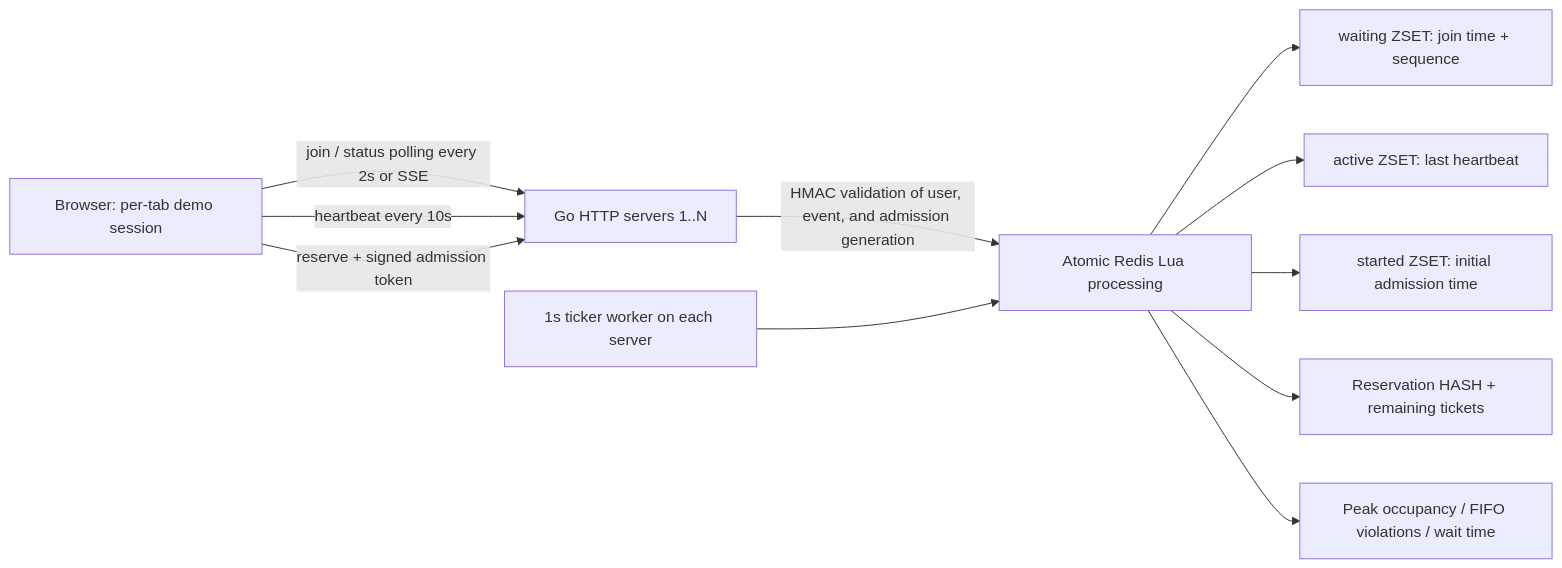
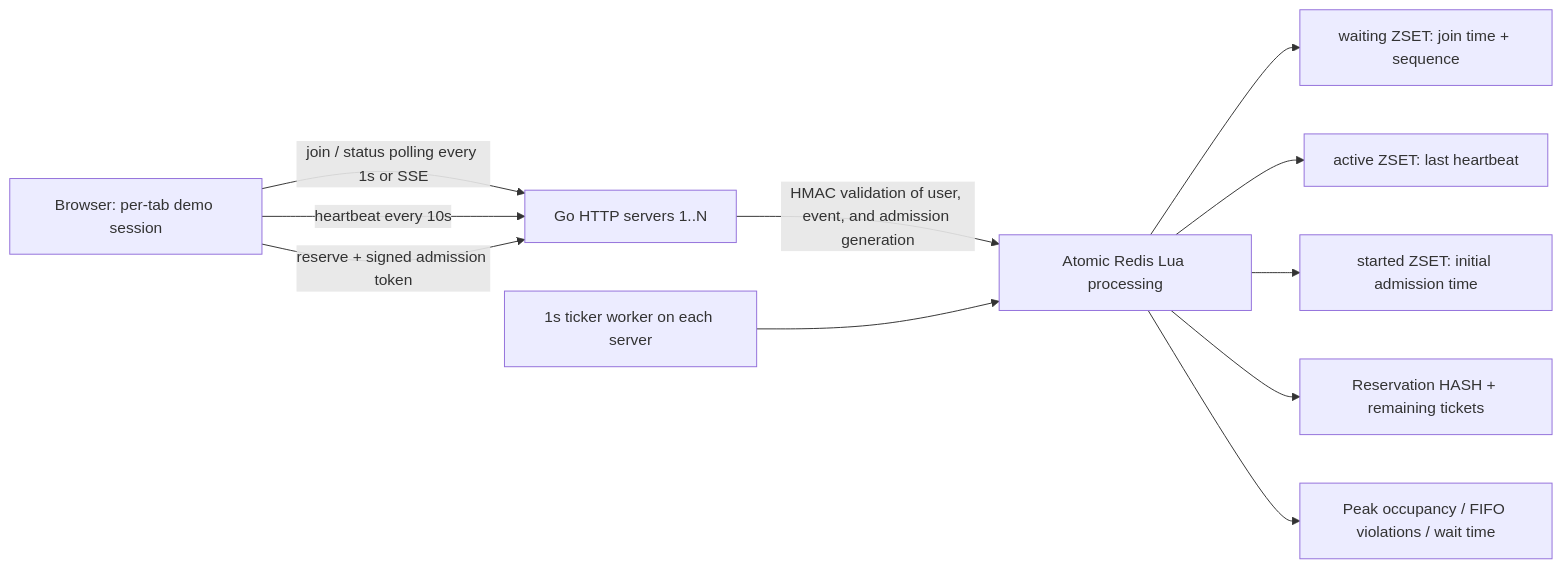
One commit to jsim84747/ticketing-system changed the diagram in README.md. Above: the diagram before and after it, drawn with Mermaid. The commit also changed other lines of this file and 11 other files, not shown here.

````diff
--- a/README.md
+++ b/README.md
@@ -82,13 +85,13 @@
 ```mermaid
 flowchart LR
-  B[Browser: per-tab demo session] -->|join / status polling every 2s or SSE| API[Go HTTP servers 1..N]
+  B[Browser: per-tab demo session] -->|join / status polling every 1s or SSE| API[Go HTTP servers 1..N]
   B -->|heartbeat every 10s| API
   B -->|reserve + signed admission token| API
   API -->|HMAC validation of user, event, and admission generation| L[Atomic Redis Lua processing]
   W[1s ticker worker on each server] --> L
   L --> Q[waiting ZSET: join time + sequence]
   L --> A[active ZSET: last heartbeat]
   L --> S[started ZSET: initial admission time]
   L --> R[Reservation HASH + remaining tickets]
   L --> M[Peak occupancy / FIFO violations / wait time]
 ```
````
